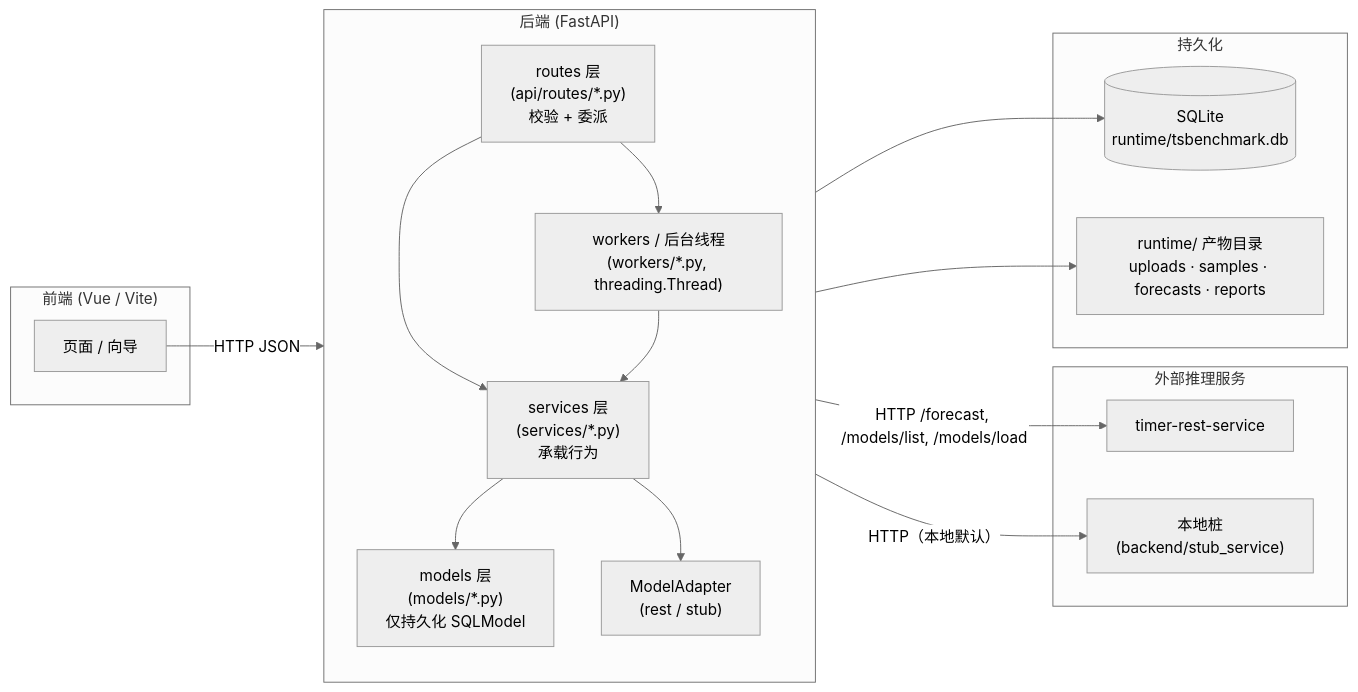
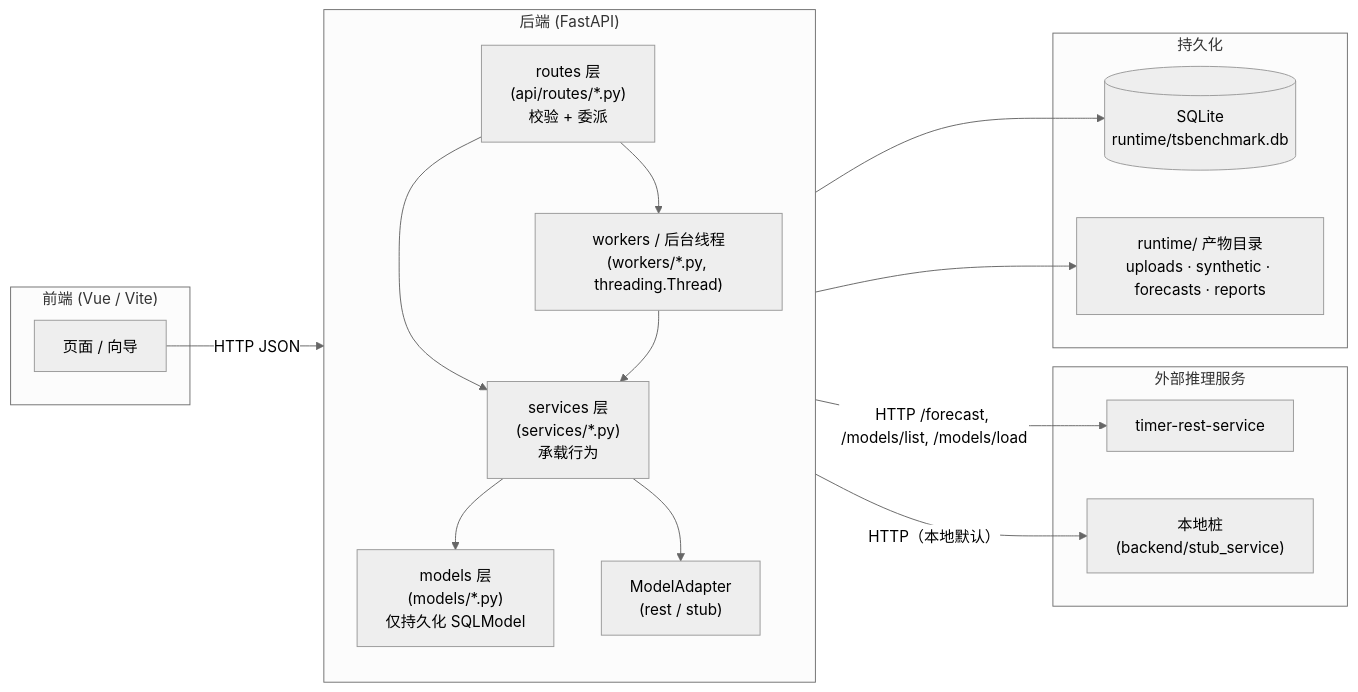
One commit to thulab/CaFE changed the first of 7 diagrams in docs/developer/key-flows.md. Above: the diagram before and after it, drawn with Mermaid (neutral theme). The commit also changed other lines of this file and 30 other files, not shown here.

````diff
--- a/docs/developer/key-flows.md
+++ b/docs/developer/key-flows.md
@@ -15,36 +15,36 @@
 ```mermaid
 flowchart LR
     subgraph FE["前端 (Vue / Vite)"]
         UI["页面 / 向导"]
     end
 
     subgraph BE["后端 (FastAPI)"]
         direction TB
         R["routes 层<br/>(api/routes/*.py)<br/>校验 + 委派"]
         S["services 层<br/>(services/*.py)<br/>承载行为"]
         M["models 层<br/>(models/*.py)<br/>仅持久化 SQLModel"]
         W["workers / 后台线程<br/>(workers/*.py, threading.Thread)"]
         ADP["ModelAdapter<br/>(rest / stub)"]
         R --> S
         S --> M
         R --> W
         W --> S
         S --> ADP
     end
 
     subgraph EXT["外部推理服务"]
         REAL["timer-rest-service"]
         STUB["本地桩<br/>(backend/stub_service)"]
     end
 
     subgraph STORE["持久化"]
         DB[("SQLite<br/>runtime/tsbenchmark.db")]
-        FS["runtime/ 产物目录<br/>uploads · samples · forecasts · reports"]
+        FS["runtime/ 产物目录<br/>uploads · synthetic · forecasts · reports"]
     end
 
     UI -->|HTTP JSON| R
     ADP -->|HTTP /forecast, /models/list, /models/load| REAL
     ADP -->|HTTP（本地默认）| STUB
     M --> DB
     S --> FS
 ```
````
